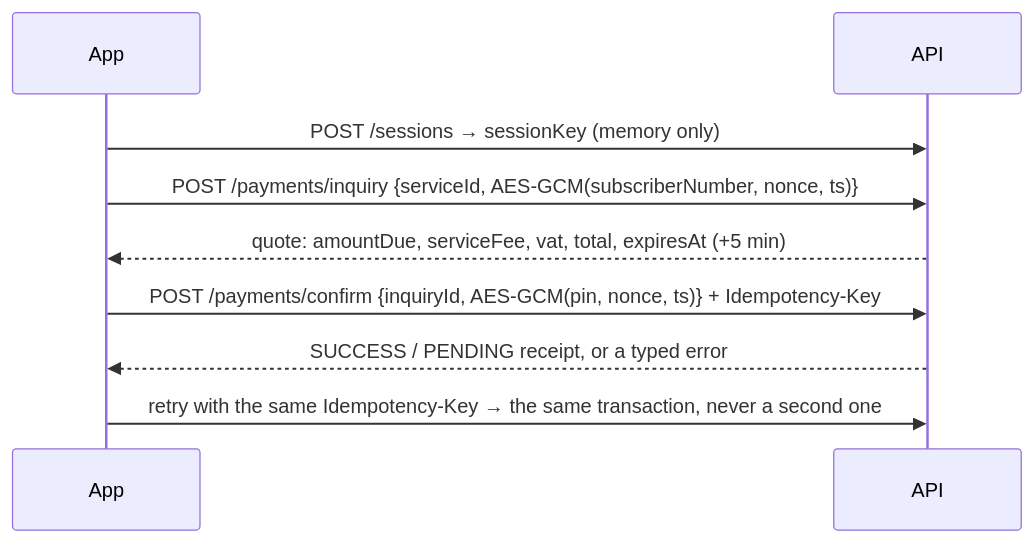
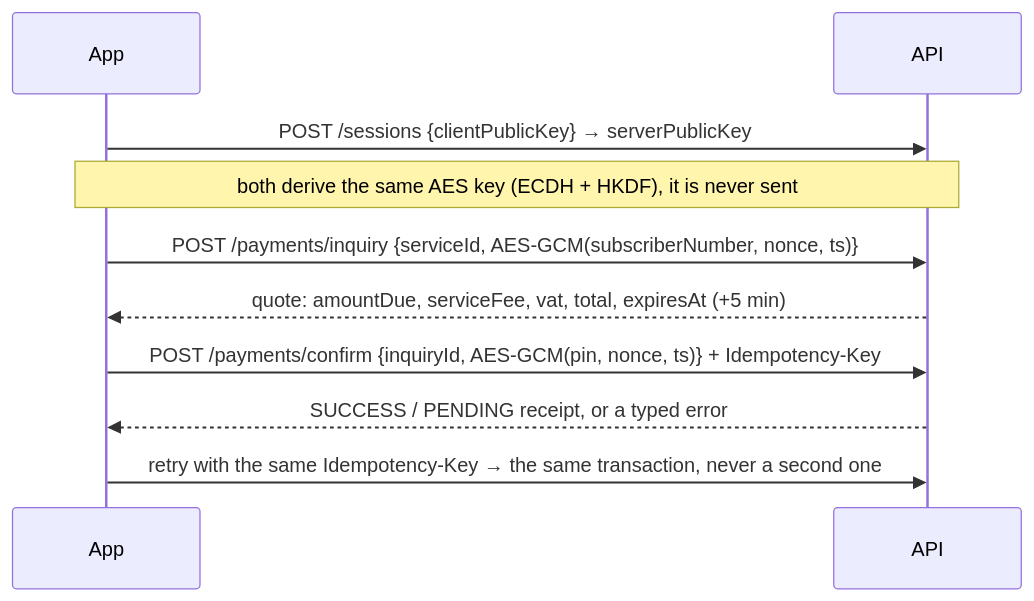
The first of 2 diagrams in README.md (M-o-m-e-n/Momkn-pay-backend), drawn with Mermaid before and after one commit. The commit also changed other lines of this file and 3 other files, not shown here.

````diff
--- a/README.md
+++ b/README.md
@@ -107,11 +113,12 @@
 ```mermaid
 sequenceDiagram
     participant App
     participant API
-    App->>API: POST /sessions → sessionKey (memory only)
+    App->>API: POST /sessions {clientPublicKey} → serverPublicKey
+    Note over App,API: both derive the same AES key (ECDH + HKDF), it is never sent
     App->>API: POST /payments/inquiry {serviceId, AES-GCM(subscriberNumber, nonce, ts)}
     API-->>App: quote: amountDue, serviceFee, vat, total, expiresAt (+5 min)
     App->>API: POST /payments/confirm {inquiryId, AES-GCM(pin, nonce, ts)} + Idempotency-Key
     API-->>App: SUCCESS / PENDING receipt, or a typed error
     App->>API: retry with the same Idempotency-Key → the same transaction, never a second one
 ```
````
